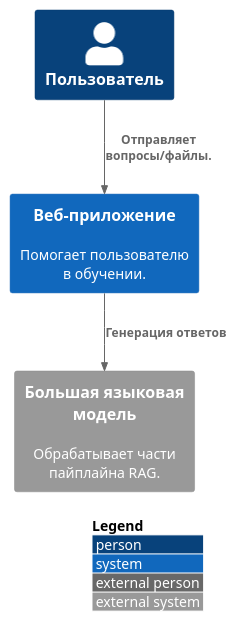
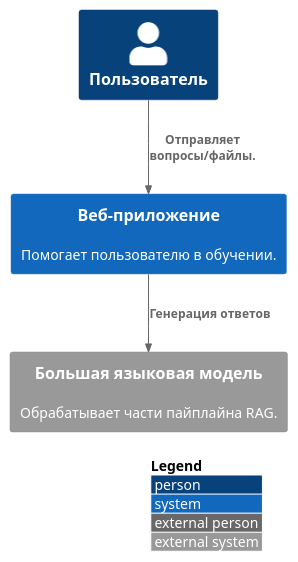
Before and after one commit to Syrenny/educ: the diagram in diagrams/c1.puml, drawn with PlantUML. The commit also changed 3 other files, not shown here.

Commit message:
Update c4-diagrams

```diff
--- a/diagrams/c1.puml
+++ b/diagrams/c1.puml
@@ -1,15 +1,15 @@
 @startuml
 !includeurl https://raw.githubusercontent.com/plantuml-stdlib/C4-PlantUML/master/C4_Context.puml
 
-skinparam wrapWidth 180
+skinparam wrapWidth 300
 LAYOUT_WITH_LEGEND()
 LAYOUT_TOP_DOWN()
 
 Person(client, "Пользователь")
 System(app, "Веб-приложение", "Помогает пользователю в обучении.")
 System_Ext(llm_api, "Большая языковая модель", "Обрабатывает части пайплайна RAG.")
 
 Rel(client, app, "Отправляет вопросы/файлы.")
 Rel(app, llm_api, "Генерация ответов")
 
 @enduml
```
